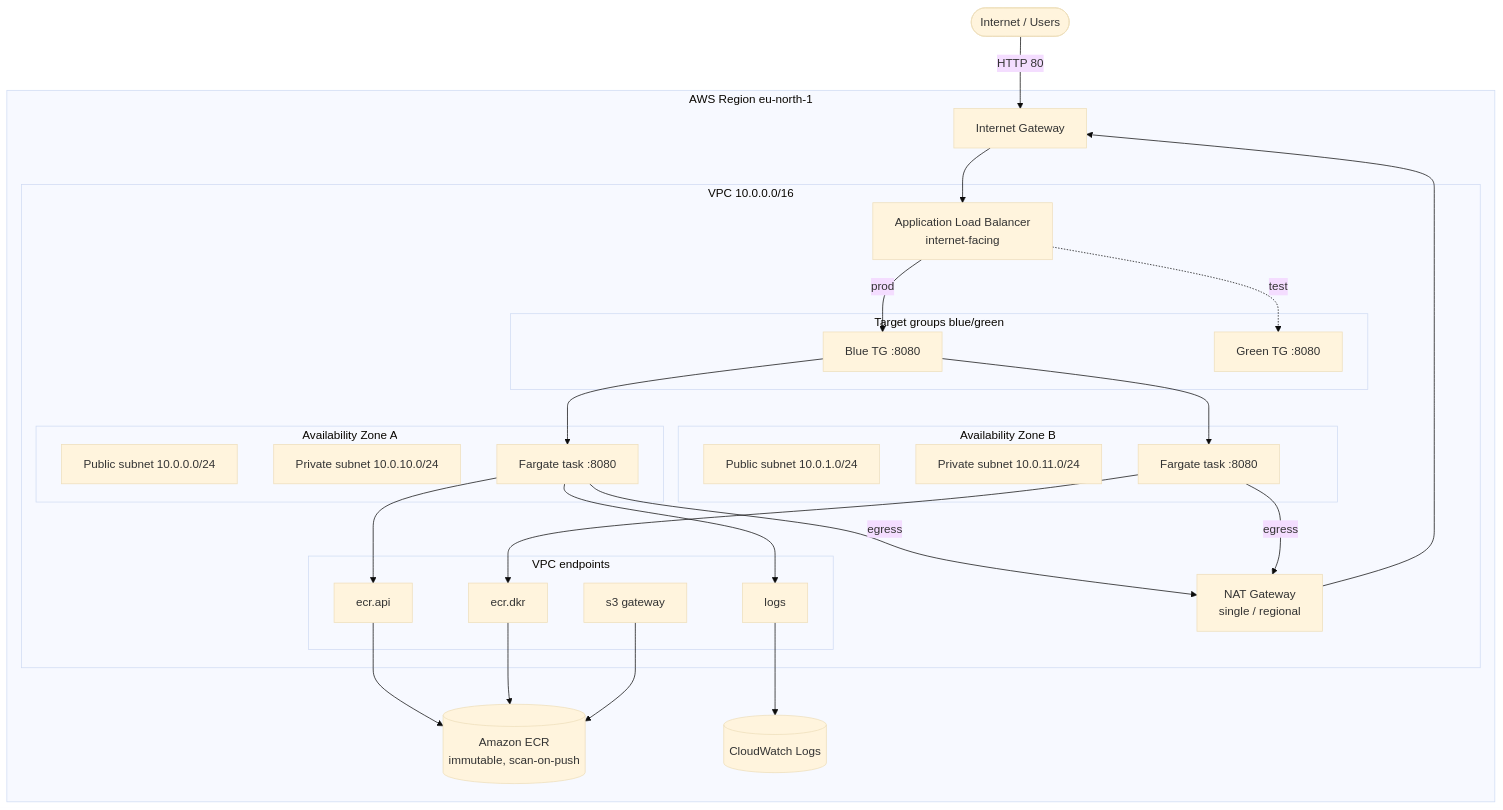
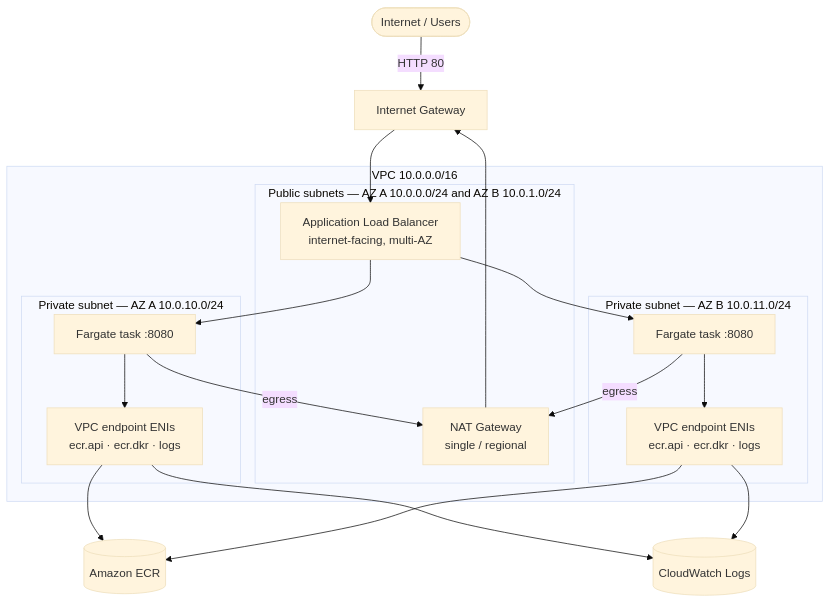
Before and after one commit to angebhd/amalitech-lab-aws-ecs: the first of 4 diagrams in ARCHITECTURE.md, drawn with Mermaid (base theme). The commit also changed other lines of this file, not shown here.

Commit message:
feat: Update architecture documentation for AWS ECS CI/CD Lab with detailed subnet and traffic routing information

````diff
--- a/ARCHITECTURE.md
+++ b/ARCHITECTURE.md
@@ -11,56 +14,38 @@
 ```mermaid
 flowchart TB
     users(["Internet / Users"])
+    igw["Internet Gateway"]
 
-    subgraph AWS["AWS Region eu-north-1"]
-        igw["Internet Gateway"]
-        ecr[("Amazon ECR<br/>immutable, scan-on-push")]
-        cw[("CloudWatch Logs")]
+    subgraph VPC["VPC 10.0.0.0/16"]
+        subgraph PUB["Public subnets — AZ A 10.0.0.0/24 and AZ B 10.0.1.0/24"]
+            alb["Application Load Balancer<br/>internet-facing, multi-AZ"]
+            nat["NAT Gateway<br/>single / regional"]
+        end
 
-        subgraph VPC["VPC 10.0.0.0/16"]
-            alb["Application Load Balancer<br/>internet-facing"]
-            nat["NAT Gateway<br/>single / regional"]
+        subgraph PRIVA["Private subnet — AZ A 10.0.10.0/24"]
+            taskA["Fargate task :8080"]
+            vpceA["VPC endpoint ENIs<br/>ecr.api · ecr.dkr · logs"]
+        end
 
-            subgraph AZA["Availability Zone A"]
-                pubA["Public subnet 10.0.0.0/24"]
-                privA["Private subnet 10.0.10.0/24"]
-                taskA["Fargate task :8080"]
-            end
-
-            subgraph AZB["Availability Zone B"]
-                pubB["Public subnet 10.0.1.0/24"]
-                privB["Private subnet 10.0.11.0/24"]
-                taskB["Fargate task :8080"]
-            end
-
-            subgraph TG["Target groups blue/green"]
-                blue["Blue TG :8080"]
-                green["Green TG :8080"]
-            end
-
-            subgraph VPCE["VPC endpoints"]
-                ecrapi["ecr.api"]
-                ecrdkr["ecr.dkr"]
-                logsep["logs"]
-                s3ep["s3 gateway"]
-            end
+        subgraph PRIVB["Private subnet — AZ B 10.0.11.0/24"]
+            taskB["Fargate task :8080"]
+            vpceB["VPC endpoint ENIs<br/>ecr.api · ecr.dkr · logs"]
         end
     end
 
-    users -->|HTTP 80| igw
-    igw --> alb
-    alb -->|prod| blue
-    alb -.->|test| green
-    blue --> taskA
-    blue --> taskB
+    ecr[("Amazon ECR")]
+    cw[("CloudWatch Logs")]
+
+    users -->|HTTP 80| igw --> alb
+    alb --> taskA
+    alb --> taskB
     taskA -->|egress| nat
     taskB -->|egress| nat
     nat --> igw
-    taskA --> ecrapi
-    taskB --> ecrdkr
-    taskA --> logsep
-    ecrapi --> ecr
-    ecrdkr --> ecr
-    s3ep --> ecr
-    logsep --> cw
+    taskA --> vpceA
+    taskB --> vpceB
+    vpceA --> ecr
+    vpceB --> ecr
+    vpceA --> cw
+    vpceB --> cw
 ```
````
